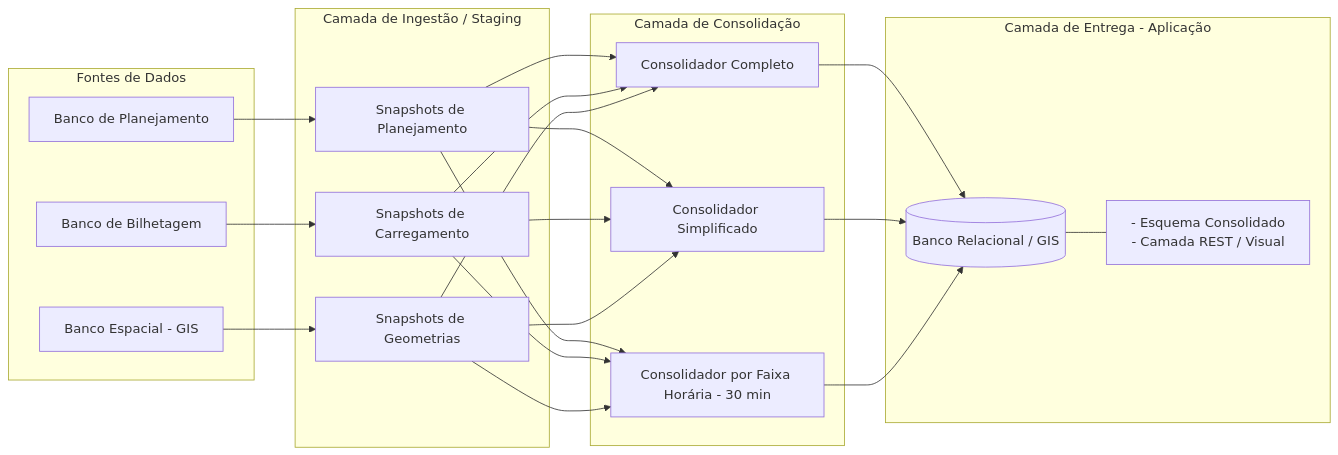
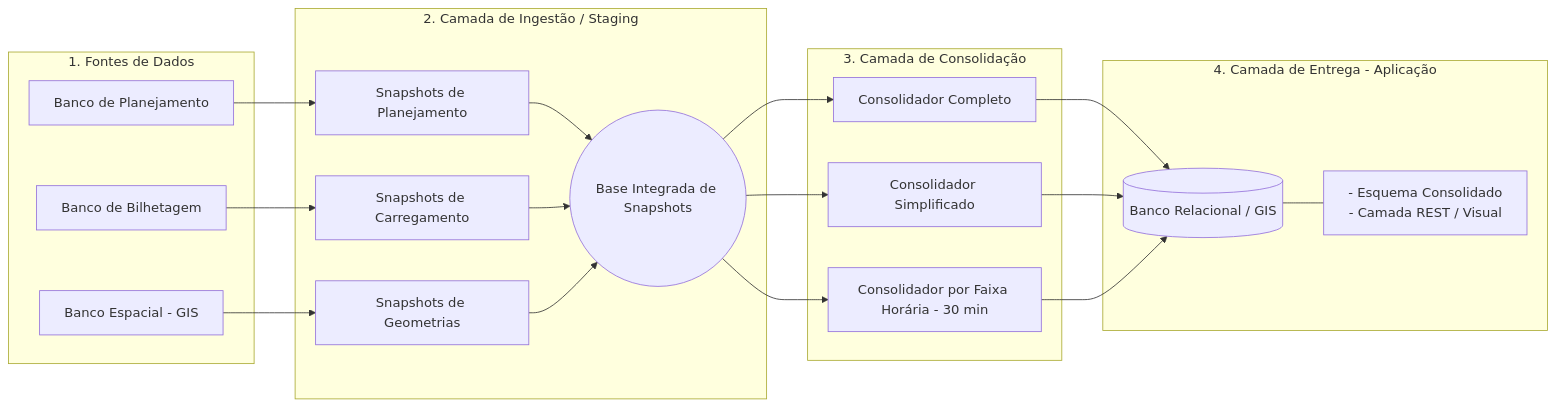
Before and after one commit to arissahonda/observatorio-otc: the diagram in README.md, drawn with Mermaid.

````diff
--- a/README.md
+++ b/README.md
@@ -14,49 +14,49 @@
 ```mermaid
 graph LR
-    subgraph F[Fontes de Dados]
+    subgraph F[1. Fontes de Dados]
         F1[Banco de Planejamento]
         F2[Banco de Bilhetagem]
         F3[Banco Espacial - GIS]
     end
 
-    subgraph I[Camada de Ingestão / Staging]
+    subgraph I[2. Camada de Ingestão / Staging]
         I1[Snapshots de Planejamento]
         I2[Snapshots de Carregamento]
         I3[Snapshots de Geometrias]
+        
+        %% Nó unificador para organizar o fluxo visual das setas
+        STG((Base Integrada de Snapshots))
     end
 
-    subgraph C[Camada de Consolidação]
+    subgraph C[3. Camada de Consolidação]
         C1[Consolidador Completo]
         C2[Consolidador Simplificado]
         C3[Consolidador por Faixa Horária - 30 min]
     end
 
-    subgraph E[Camada de Entrega - Aplicação]
+    subgraph E[4. Camada de Entrega - Aplicação]
         E1[(Banco Relacional / GIS)]
         E2[- Esquema Consolidado<br/>- Camada REST / Visual]
     end
 
-    %% Conexões de Ingestão
+    %% 1. Ingestão para os Snapshots
     F1 --> I1
     F2 --> I2
     F3 --> I3
 
-    %% Todos os Snapshots alimentam todos os Consolidadores
-    I1 --> C1
-    I1 --> C2
-    I1 --> C3
+    %% 2. Snapshots convergem para a Base Integrada
+    I1 --> STG
+    I2 --> STG
+    I3 --> STG
 
-    I2 --> C1
-    I2 --> C2
-    I2 --> C3
+    %% 3. Base Integrada alimenta os Consolidadores
+    STG --> C1
+    STG --> C2
+    STG --> C3
 
-    I3 --> C1
-    I3 --> C2
-    I3 --> C3
-
-    %% Entrega
+    %% 4. Consolidadores entregam para o Banco de Aplicação
     C1 --> E1
     C2 --> E1
     C3 --> E1
     E1 --- E2
 ```
````
